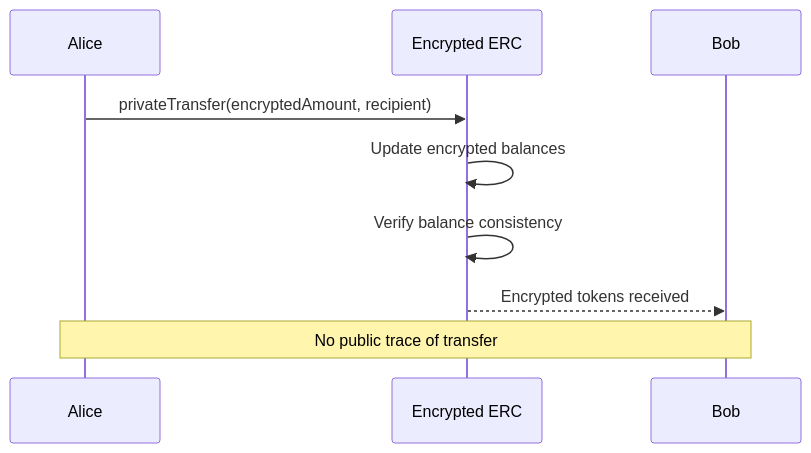
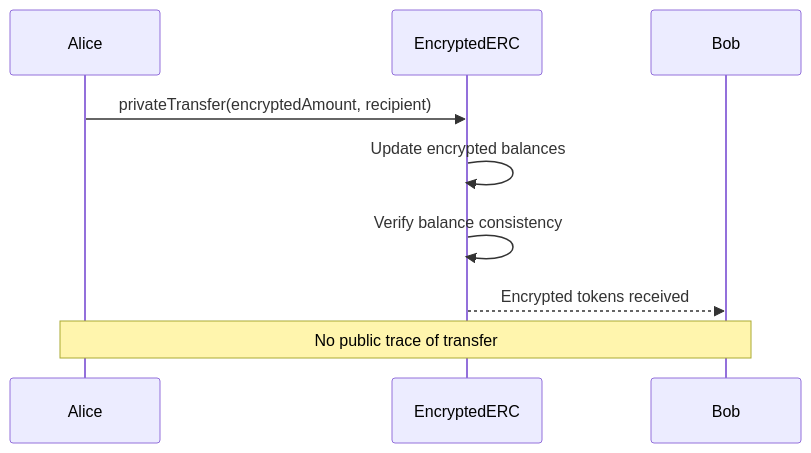
Before and after one commit to Lunaris-protocol/lunaris-private-pools: the second of 3 diagrams in README.md, drawn with Mermaid. The commit also changed other lines of this file and 10 other files, not shown here.

````diff
--- a/README.md
+++ b/README.md
@@ -171,12 +172,12 @@
 ```mermaid
 sequenceDiagram
     participant A as Alice
-    participant EERC as Encrypted ERC
+    participant EERC as EncryptedERC
     participant B as Bob
 
     A->>EERC: privateTransfer(encryptedAmount, recipient)
     EERC->>EERC: Update encrypted balances
     EERC->>EERC: Verify balance consistency
     EERC-->>B: Encrypted tokens received
     Note over A,B: No public trace of transfer
 ```
````
